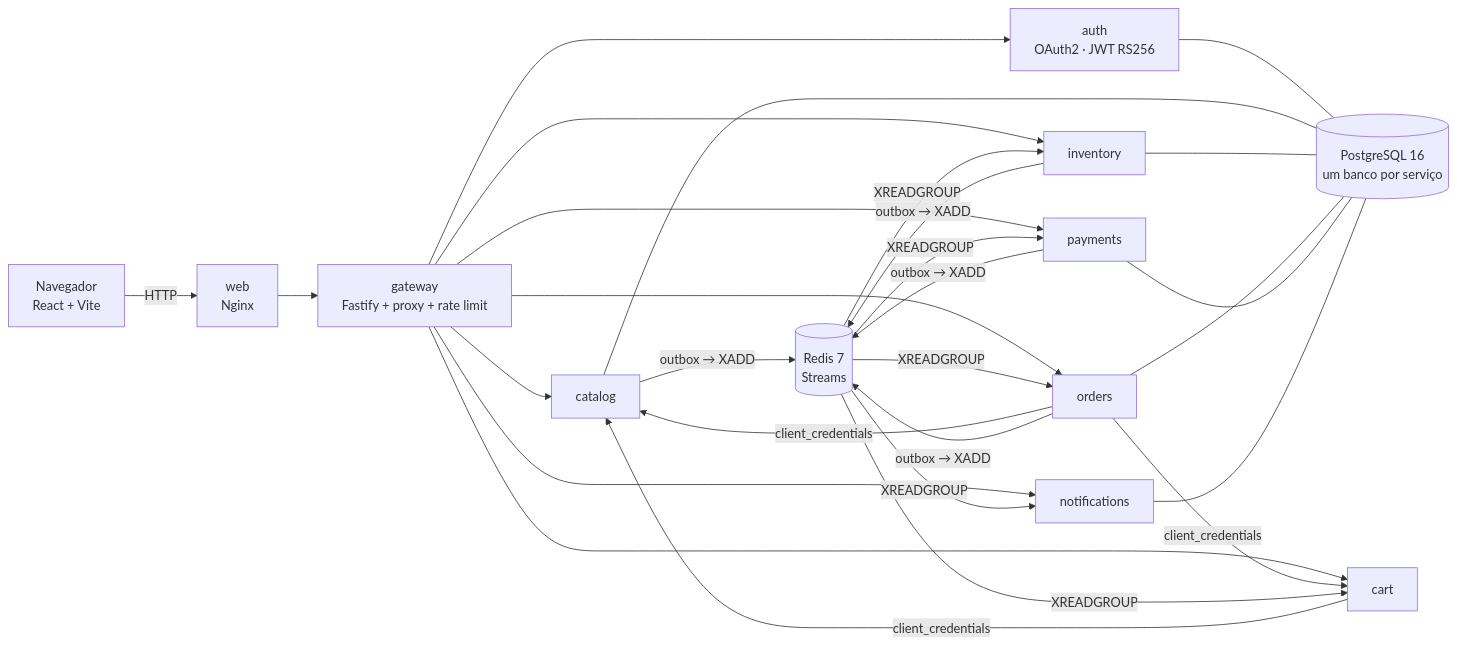
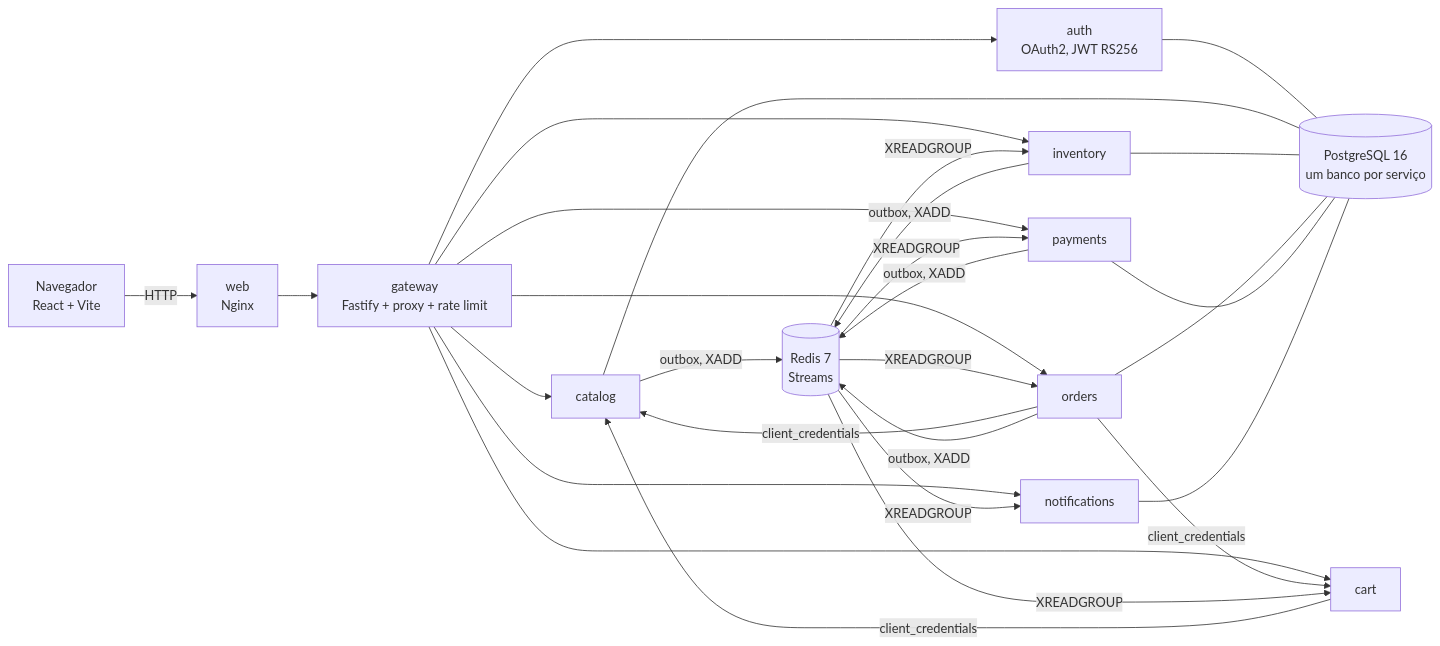
The diagram in README.md (Violet-pixel/E-commerce-Microservices-API), drawn with Mermaid before and after one commit. The commit also changed other lines of this file and 29 other files, not shown here.

````diff
--- a/README.md
+++ b/README.md
@@ -43,18 +167,18 @@
 ```mermaid
 flowchart LR
     UI["Navegador<br/>React + Vite"] -- "HTTP" --> NG["web<br/>Nginx"]
     NG --> GW["gateway<br/>Fastify + proxy + rate limit"]
-    GW --> AUTH["auth<br/>OAuth2 · JWT RS256"]
+    GW --> AUTH["auth<br/>OAuth2, JWT RS256"]
     GW --> CAT["catalog"]
     GW --> INV["inventory"]
     GW --> CART["cart"]
     GW --> ORD["orders"]
     GW --> PAY["payments"]
     GW --> NOT["notifications"]
     ORD -- "client_credentials" --> CART
     ORD -- "client_credentials" --> CAT
     CART -- "client_credentials" --> CAT
-    CAT & INV & ORD & PAY -- "outbox → XADD" --> RS[("Redis 7<br/>Streams")]
+    CAT & INV & ORD & PAY -- "outbox, XADD" --> RS[("Redis 7<br/>Streams")]
     RS -- "XREADGROUP" --> INV & ORD & PAY & NOT & CART
     AUTH & CAT & INV & ORD & PAY & NOT --- PG[("PostgreSQL 16<br/>um banco por serviço")]
 ```
````
